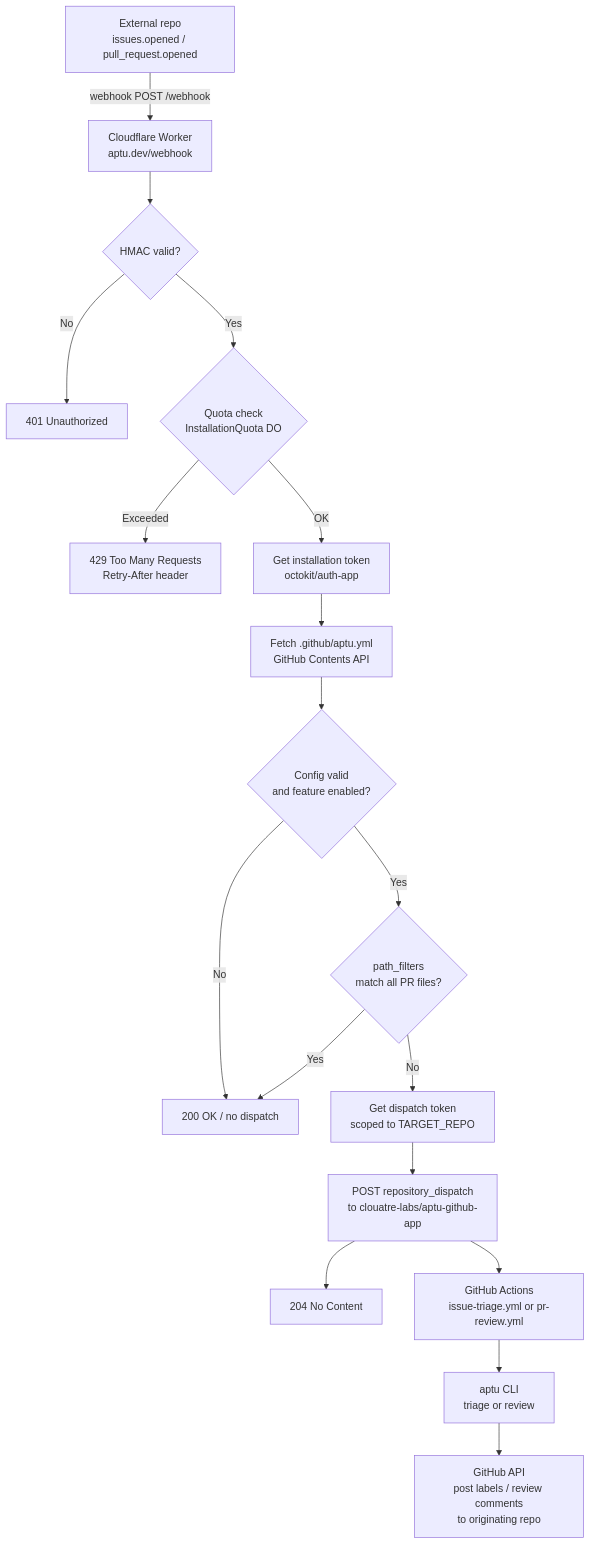
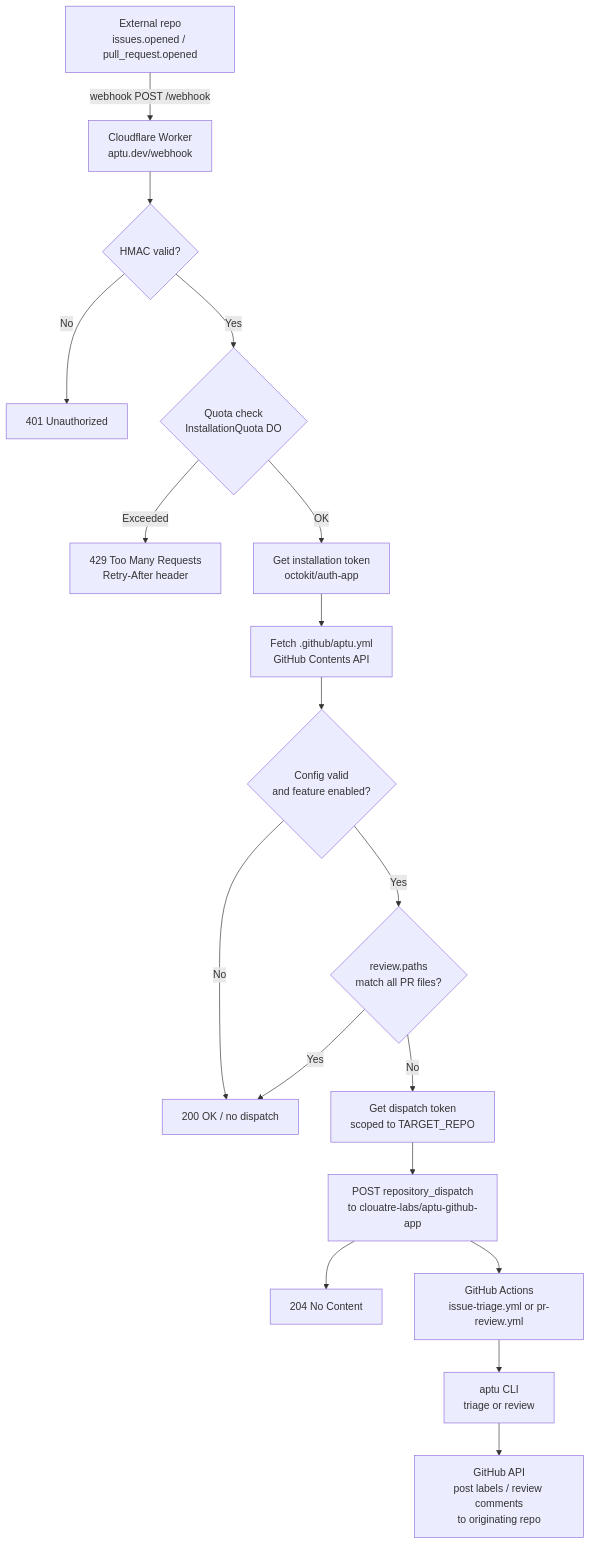
One commit to clouatre-labs/aptu-github-app changed the first of 2 diagrams in docs/ARCHITECTURE.md. Above: the diagram before and after it, drawn with Mermaid. The commit also changed other lines of this file and 6 other files, not shown here.

Commit message:
refactor(config): rename path_filters to review.paths (#112)

````diff
--- a/docs/ARCHITECTURE.md
+++ b/docs/ARCHITECTURE.md
@@ -78,20 +78,20 @@
 ```mermaid
 graph TD
     A["External repo<br/>issues.opened / pull_request.opened"] -->|"webhook POST /webhook"| B["Cloudflare Worker<br/>aptu.dev/webhook"]
     B --> C{"HMAC valid?"}
     C -->|No| D["401 Unauthorized"]
     C -->|Yes| E{"Quota check<br/>InstallationQuota DO"}
     E -->|Exceeded| F["429 Too Many Requests<br/>Retry-After header"]
     E -->|OK| G["Get installation token<br/>octokit/auth-app"]
     G --> H["Fetch .github/aptu.yml<br/>GitHub Contents API"]
     H --> I{"Config valid<br/>and feature enabled?"}
     I -->|No| J["200 OK / no dispatch"]
-    I -->|Yes| K{"path_filters<br/>match all PR files?"}
+    I -->|Yes| K{"review.paths<br/>match all PR files?"}
     K -->|Yes| J
     K -->|No| L["Get dispatch token<br/>scoped to TARGET_REPO"]
     L --> M["POST repository_dispatch<br/>to clouatre-labs/aptu-github-app"]
     M --> N["204 No Content"]
     M --> O["GitHub Actions<br/>issue-triage.yml or pr-review.yml"]
     O --> P["aptu CLI<br/>triage or review"]
     P --> Q["GitHub API<br/>post labels / review comments<br/>to originating repo"]
 ```
````
